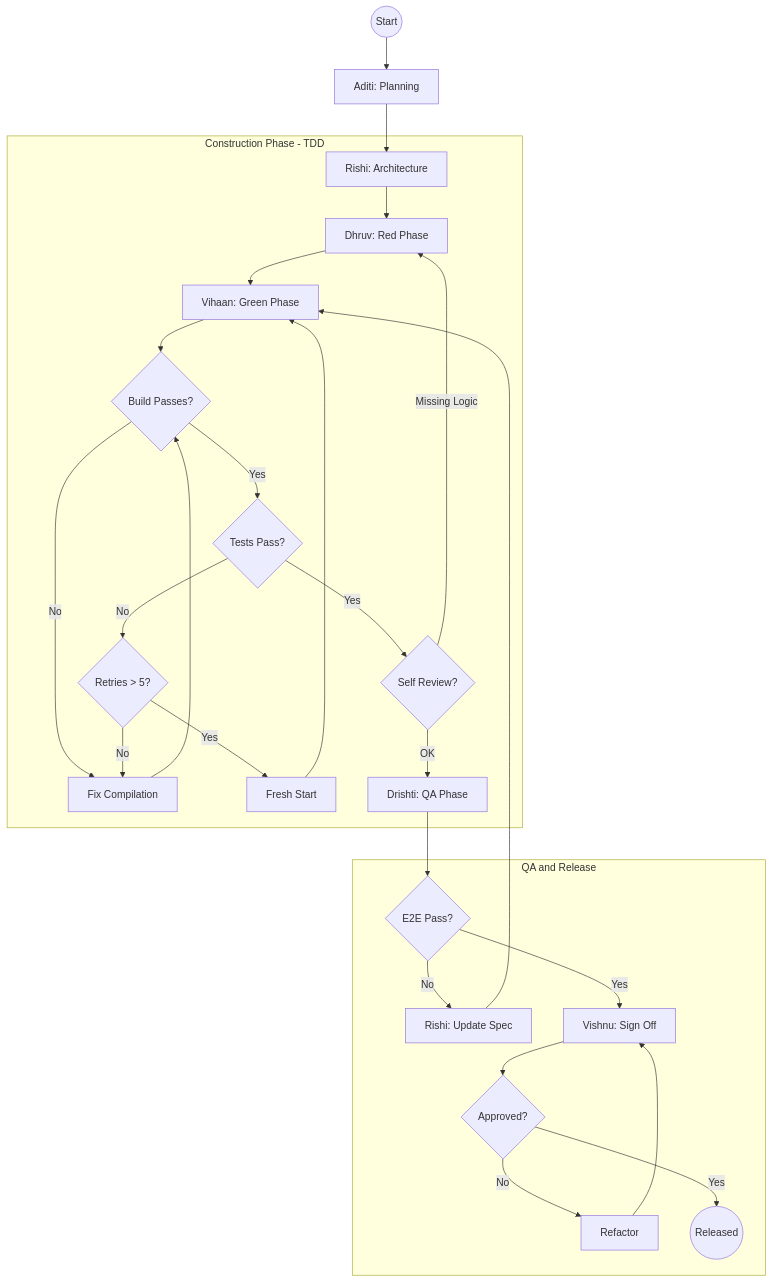
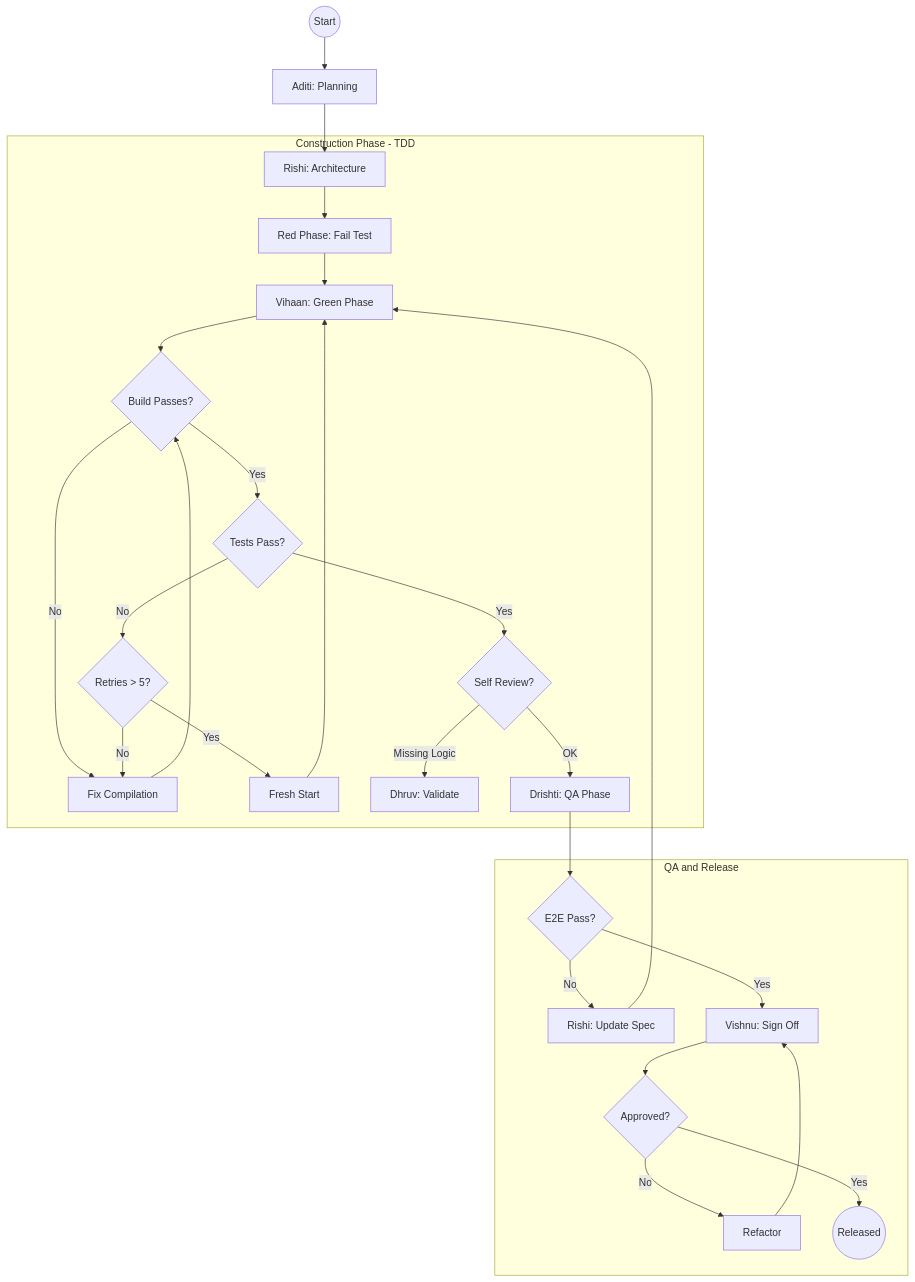
The second of 2 diagrams in nirmaan-yantra/README.md (srijithunni7182/llm4j), drawn with Mermaid before and after one commit. The commit also changed other lines of this file, not shown here.

````diff
--- a/nirmaan-yantra/README.md
+++ b/nirmaan-yantra/README.md
@@ -76,37 +76,37 @@
 ```mermaid
 graph TD
     Start((Start)) --> Aditi[Aditi: Planning]
     Aditi --> Rishi[Rishi: Architecture]
     
     subgraph TDD [Construction Phase - TDD]
-        Rishi --> Dhruv[Dhruv: Red Phase]
-        Dhruv --> Vihaan[Vihaan: Green Phase]
+        Rishi --> RedPhase[Red Phase: Fail Test]
+        RedPhase --> Vihaan[Vihaan: Green Phase]
         
         Vihaan --> BuildCheck{Build Passes?}
         BuildCheck -- No --> Fix[Fix Compilation]
         Fix --> BuildCheck
         
         BuildCheck -- Yes --> Verify{Tests Pass?}
         Verify -- No --> RetryCount{Retries > 5?}
         RetryCount -- No --> Fix
         RetryCount -- Yes --> FreshStart[Fresh Start]
         FreshStart --> Vihaan
         
         Verify -- Yes --> SelfReview{Self Review?}
-        SelfReview -- Missing Logic --> Dhruv
+        SelfReview -- Missing Logic --> Dhruv[Dhruv: Validate]
         SelfReview -- OK --> QA[Drishti: QA Phase]
     end
     
     subgraph Release [QA and Release]
         QA --> QAKey{E2E Pass?}
         QAKey -- No --> SpecUpdate[Rishi: Update Spec]
         SpecUpdate --> Vihaan
         
         QAKey -- Yes --> Vishnu[Vishnu: Sign Off]
         Vishnu --> Approved{Approved?}
         Approved -- No --> Refactor[Refactor]
         Refactor --> Vishnu
         
         Approved -- Yes --> End((Released))
     end
 ```
````
